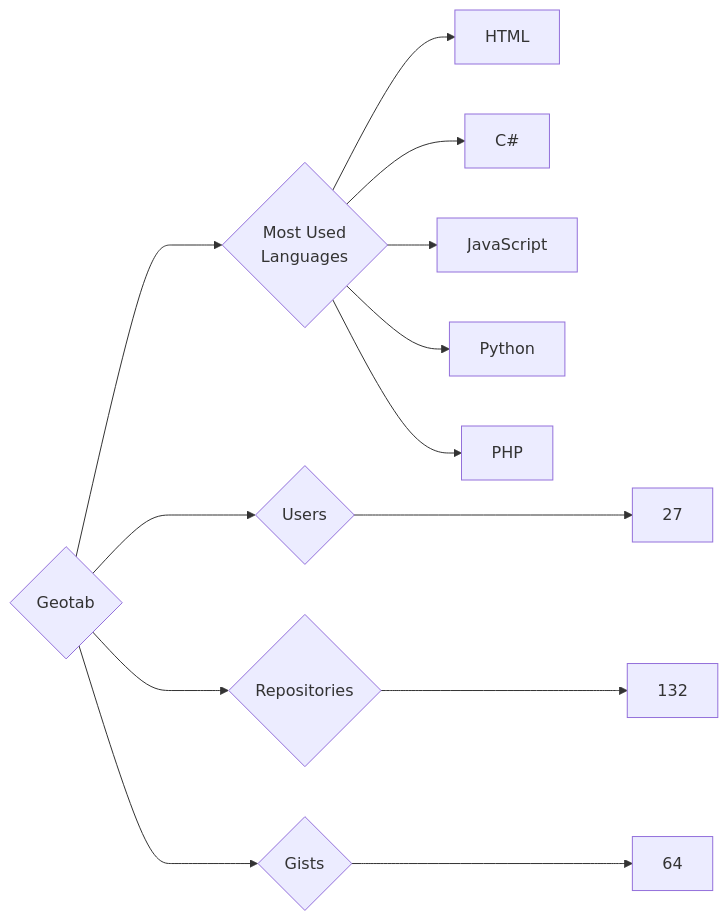
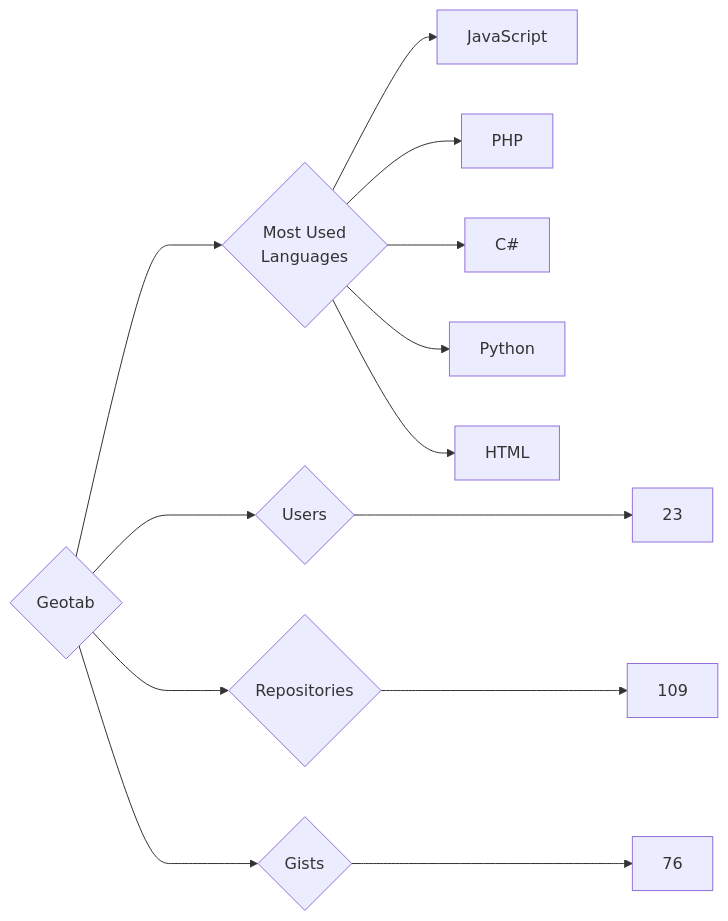
The diagram in targets/Geotab/README.md (trickest/insiders), drawn with Mermaid before and after one commit. The commit also changed 714 other files, not shown here.

````diff
--- a/targets/Geotab/README.md
+++ b/targets/Geotab/README.md
@@ -3,13 +3,13 @@
 ```mermaid
 graph LR
 COMPANY_NAME{Geotab}
-COMPANY_NAME ---> U{Users} ---> UN[27]
-COMPANY_NAME ---> R{Repositories} ---> RN[132]
-COMPANY_NAME ---> G{Gists} ---> GN[64]
+COMPANY_NAME ---> U{Users} ---> UN[23]
+COMPANY_NAME ---> R{Repositories} ---> RN[109]
+COMPANY_NAME ---> G{Gists} ---> GN[76]
 COMPANY_NAME ---> ML{Most Used<br>Languages}
+ML --> JavaScript[JavaScript]
+ML --> PHP[PHP]
+ML --> C#[C#]
+ML --> Python[Python]
 ML --> HTML[HTML]
-ML --> C#[C#]
-ML --> JavaScript[JavaScript]
-ML --> Python[Python]
-ML --> PHP[PHP]
 ```
````
